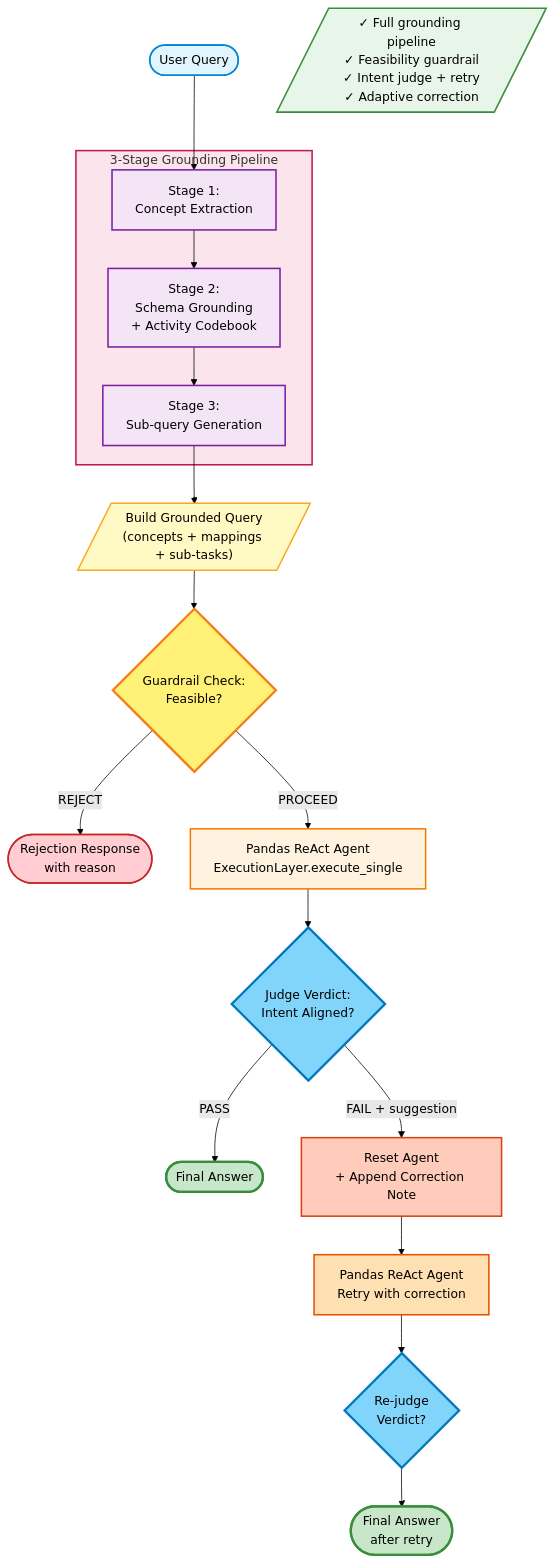
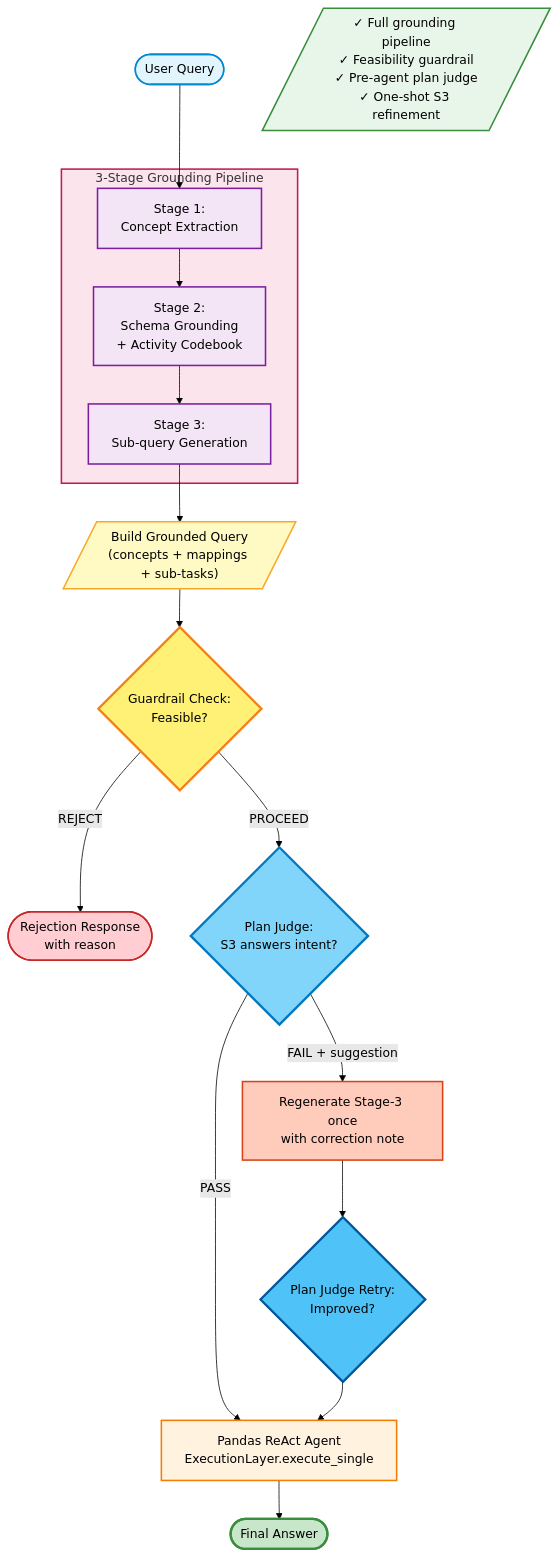
One commit to kpath1999/gt-bus-route-map changed the diagram in diagram/flashfusion_baseline_flow.md. Above: the diagram before and after it, drawn with Mermaid (forest theme). The commit also changed other lines of this file and 16 other files, not shown here.

Commit message:
moved judge before agent execution

````diff
--- a/diagram/flashfusion_baseline_flow.md
+++ b/diagram/flashfusion_baseline_flow.md
@@ -5,44 +5,39 @@
 ```mermaid
 flowchart TD
     Start([User Query]) --> S1
     
     subgraph Pipeline["3-Stage Grounding Pipeline"]
         S1[Stage 1:<br/>Concept Extraction] --> S2[Stage 2:<br/>Schema Grounding<br/>+ Activity Codebook]
         S2 --> S3[Stage 3:<br/>Sub-query Generation]
     end
     
     S3 --> Build[/"Build Grounded Query<br/>(concepts + mappings + sub-tasks)"/]
     Build --> Guardrail{Guardrail Check:<br/>Feasible?}
     
     Guardrail -->|REJECT| Reject([Rejection Response<br/>with reason])
-    Guardrail -->|PROCEED| Agent1[Pandas ReAct Agent<br/>ExecutionLayer.execute_single]
+    Guardrail -->|PROCEED| PlanJudge{Plan Judge:<br/>S3 answers intent?}
     
-    Agent1 --> Judge1{Judge Verdict:<br/>Intent Aligned?}
+    PlanJudge -->|PASS| Agent[Pandas ReAct Agent<br/>ExecutionLayer.execute_single]
+    PlanJudge -->|FAIL + suggestion| Refine[Regenerate Stage-3 once<br/>with correction note]
+    Refine --> PlanJudgeRetry{Plan Judge Retry:<br/>Improved?}
+    PlanJudgeRetry --> Agent
     
-    Judge1 -->|PASS| Final([Final Answer])
-    Judge1 -->|FAIL + suggestion| Retry[Reset Agent<br/>+ Append Correction Note]
+    Agent --> Final([Final Answer])
     
-    Retry --> Agent2[Pandas ReAct Agent<br/>Retry with correction]
-    Agent2 --> Judge2{Re-judge<br/>Verdict?}
-    
-    Judge2 --> Final2([Final Answer<br/>after retry])
-    
-    Note1[/"✓ Full grounding pipeline<br/>✓ Feasibility guardrail<br/>✓ Intent judge + retry<br/>✓ Adaptive correction"/]
+    Note1[/"✓ Full grounding pipeline<br/>✓ Feasibility guardrail<br/>✓ Pre-agent plan judge<br/>✓ One-shot S3 refinement"/]
     
     style Start fill:#e1f5ff,stroke:#0288d1,stroke-width:2px
     style Final fill:#c8e6c9,stroke:#388e3c,stroke-width:3px
-    style Final2 fill:#c8e6c9,stroke:#388e3c,stroke-width:3px
     style Reject fill:#ffcdd2,stroke:#c62828,stroke-width:2px
     style S1 fill:#f3e5f5,stroke:#7b1fa2,stroke-width:2px
     style S2 fill:#f3e5f5,stroke:#7b1fa2,stroke-width:2px
     style S3 fill:#f3e5f5,stroke:#7b1fa2,stroke-width:2px
     style Build fill:#fff9c4,stroke:#f9a825,stroke-width:2px
     style Guardrail fill:#fff176,stroke:#f57f17,stroke-width:3px
-    style Judge1 fill:#81d4fa,stroke:#0277bd,stroke-width:3px
-    style Judge2 fill:#81d4fa,stroke:#0277bd,stroke-width:3px
-    style Agent1 fill:#fff3e0,stroke:#f57c00,stroke-width:2px
-    style Agent2 fill:#ffe0b2,stroke:#e65100,stroke-width:2px
-    style Retry fill:#ffccbc,stroke:#d84315,stroke-width:2px
+    style PlanJudge fill:#81d4fa,stroke:#0277bd,stroke-width:3px
+    style PlanJudgeRetry fill:#4fc3f7,stroke:#01579b,stroke-width:3px
+    style Agent fill:#fff3e0,stroke:#f57c00,stroke-width:2px
+    style Refine fill:#ffccbc,stroke:#d84315,stroke-width:2px
     style Pipeline fill:#fce4ec,stroke:#c2185b,stroke-width:2px
     style Note1 fill:#e8f5e9,stroke:#388e3c,stroke-width:2px
 ```
````
